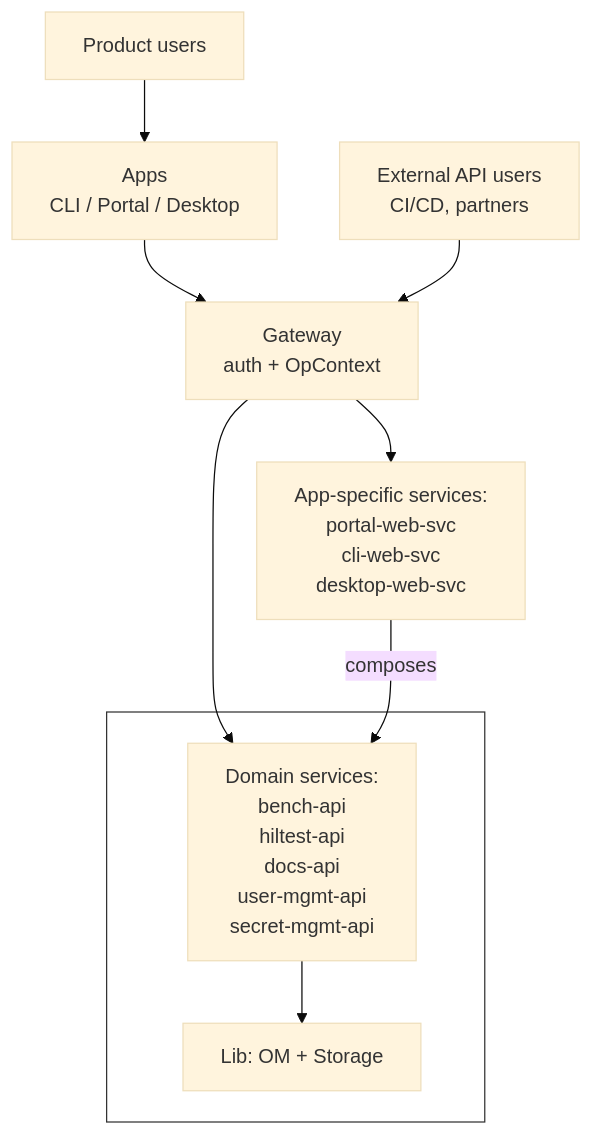
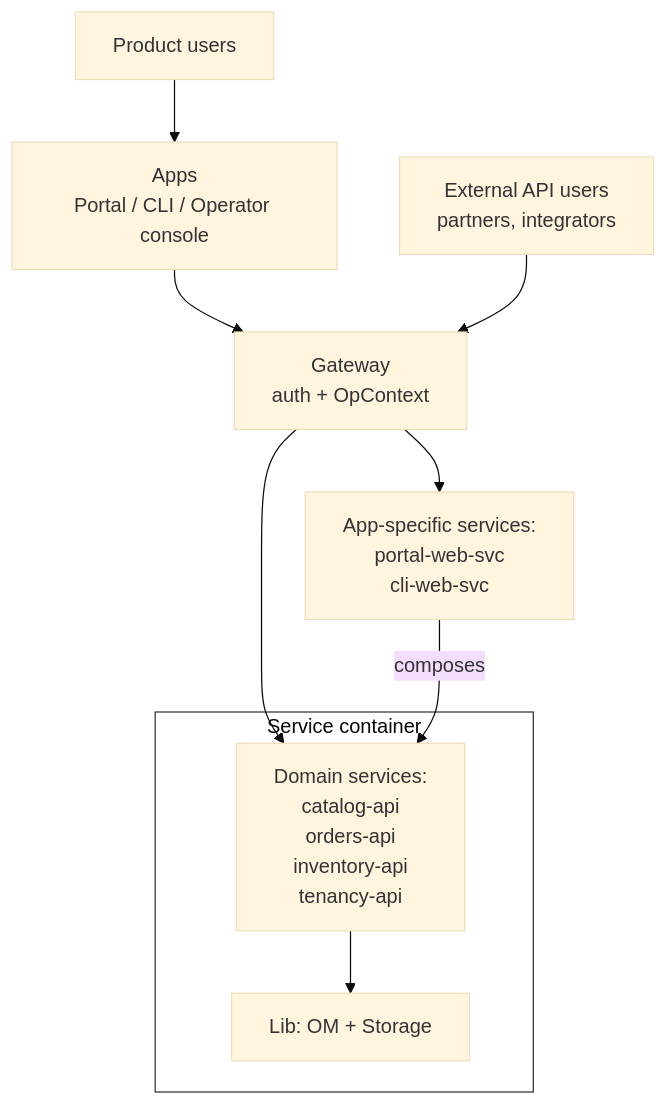
One commit to Crack525/swe_guidelines changed the first of 7 diagrams in architecture.md. Above: the diagram before and after it, drawn with Mermaid (base theme). The commit also changed other lines of this file and 49 other files, not shown here.

````diff
--- a/architecture.md
+++ b/architecture.md
@@ -824,23 +1257,23 @@
 ``` mermaid
 flowchart TD
     User[Product users]
-    API[External API users<br/>CI/CD, partners]
-    App[Apps<br/>CLI / Portal / Desktop]
+    API[External API users<br/>partners, integrators]
+    App[Apps<br/>Portal / CLI / Operator console]
     GW[Gateway<br/>auth + OpContext]
-    AppSvc[App-specific services:<br/>portal-web-svc<br/>cli-web-svc<br/>desktop-web-svc]
+    AppSvc[App-specific services:<br/>portal-web-svc<br/>cli-web-svc]
 
-    subgraph SvcContainer [" "]
-      DomSvc[Domain services:<br/>bench-api<br/>hiltest-api<br/>docs-api<br/>user-mgmt-api<br/>secret-mgmt-api]
+    subgraph SvcContainer [Service container]
+      DomSvc[Domain services:<br/>catalog-api<br/>orders-api<br/>inventory-api<br/>tenancy-api]
       Core[Lib: OM + Storage]
       DomSvc --> Core
     end
 
     User --> App
     App --> GW
     API --> GW
     GW --> AppSvc
     GW --> DomSvc
     AppSvc -->|composes| DomSvc
 
     style SvcContainer fill:transparent,stroke:#333
 ```
````
